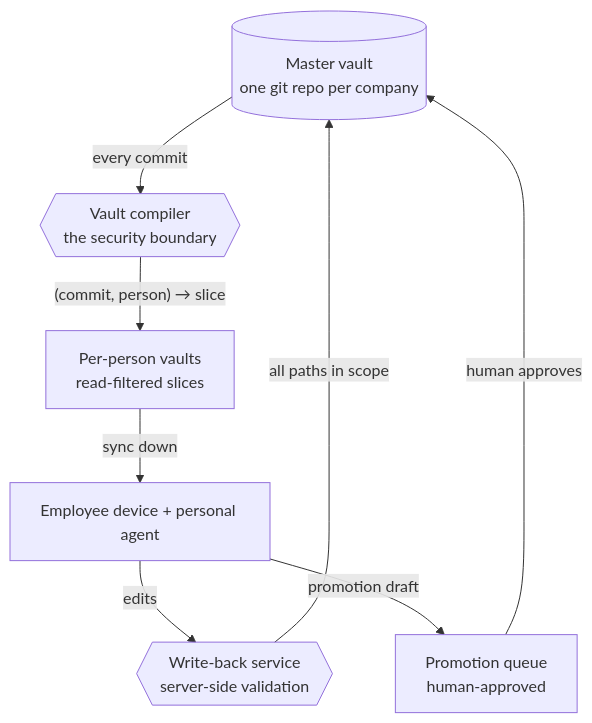
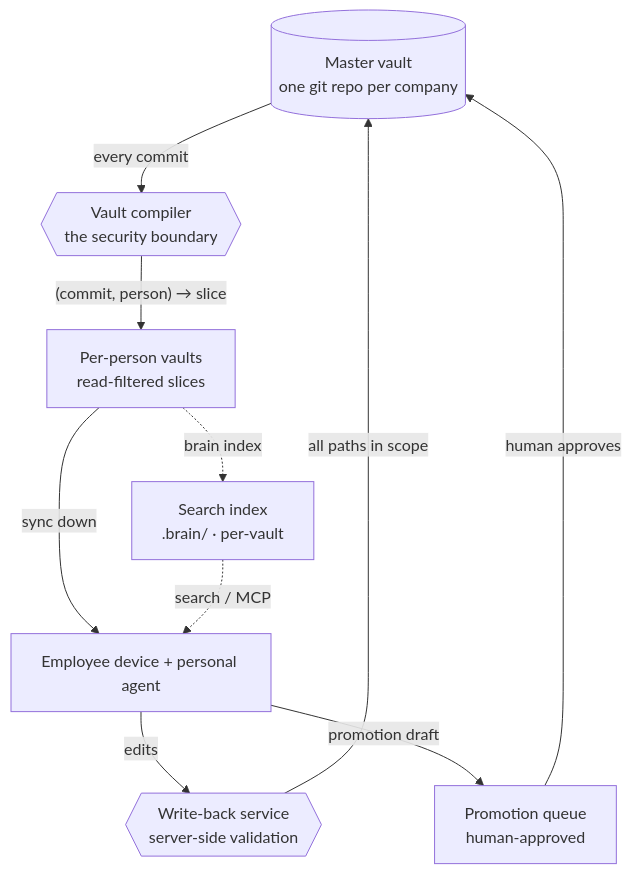
One commit to joedanz/brainkit changed the diagram in website/index.mdx. Above: the diagram before and after it, drawn with Mermaid. The commit also changed other lines of this file and 4 other files, not shown here.

````diff
--- a/website/index.mdx
+++ b/website/index.mdx
@@ -20,17 +20,19 @@
 ```mermaid
 flowchart TB
     M[(Master vault<br/>one git repo per company)]
     C{{Vault compiler<br/>the security boundary}}
     V["Per-person vaults<br/>read-filtered slices"]
     E[Employee device + personal agent]
     W{{Write-back service<br/>server-side validation}}
     Q[Promotion queue<br/>human-approved]
 
     M -->|every commit| C
     C -->|"(commit, person) → slice"| V
     V -->|sync down| E
+    V -.->|brain index| I["Search index<br/>.brain/ · per-vault"]
+    I -.->|search / MCP| E
     E -->|edits| W
     W -->|all paths in scope| M
     E -->|promotion draft| Q
     Q -->|human approves| M
 ```
````
